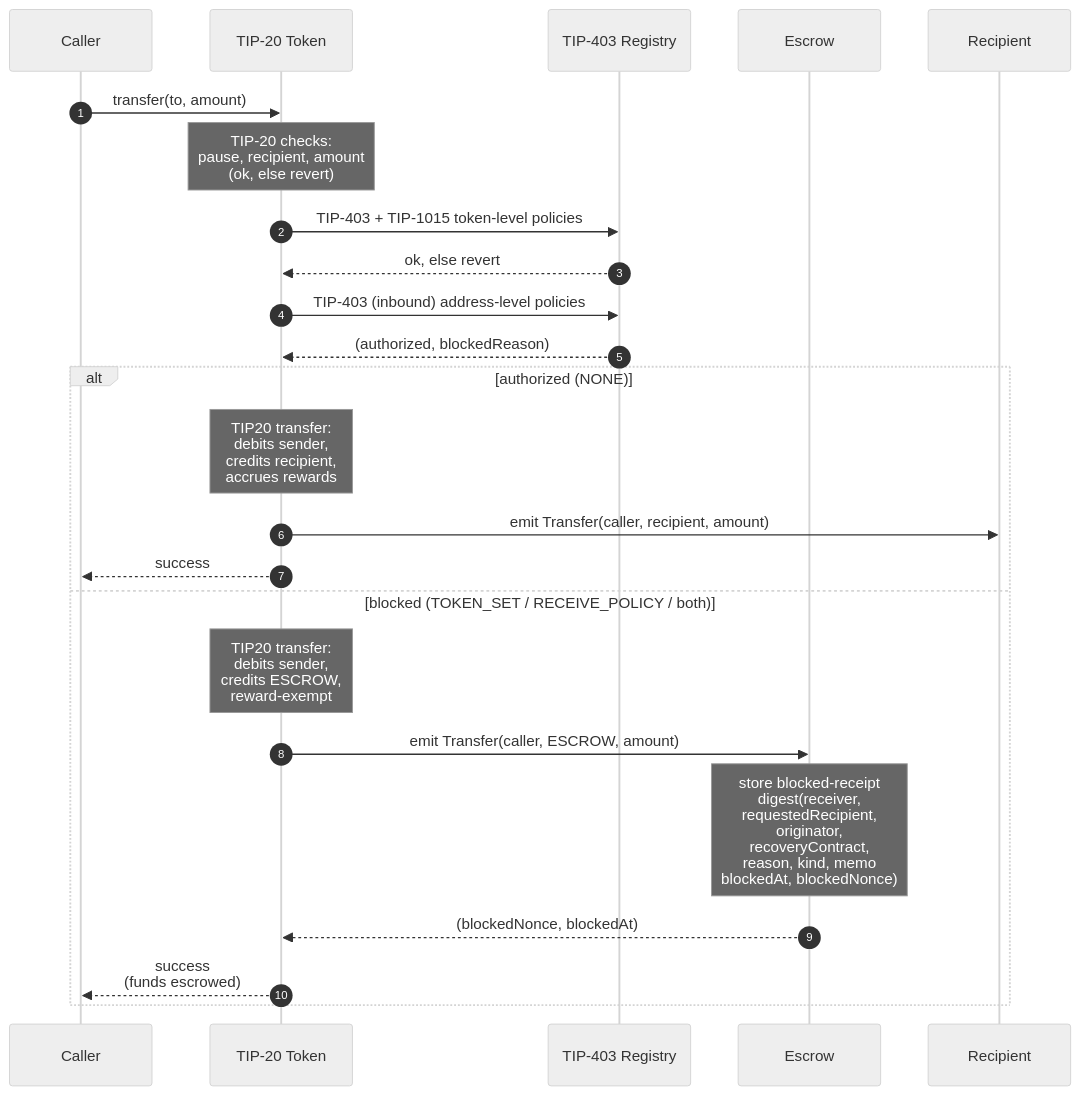
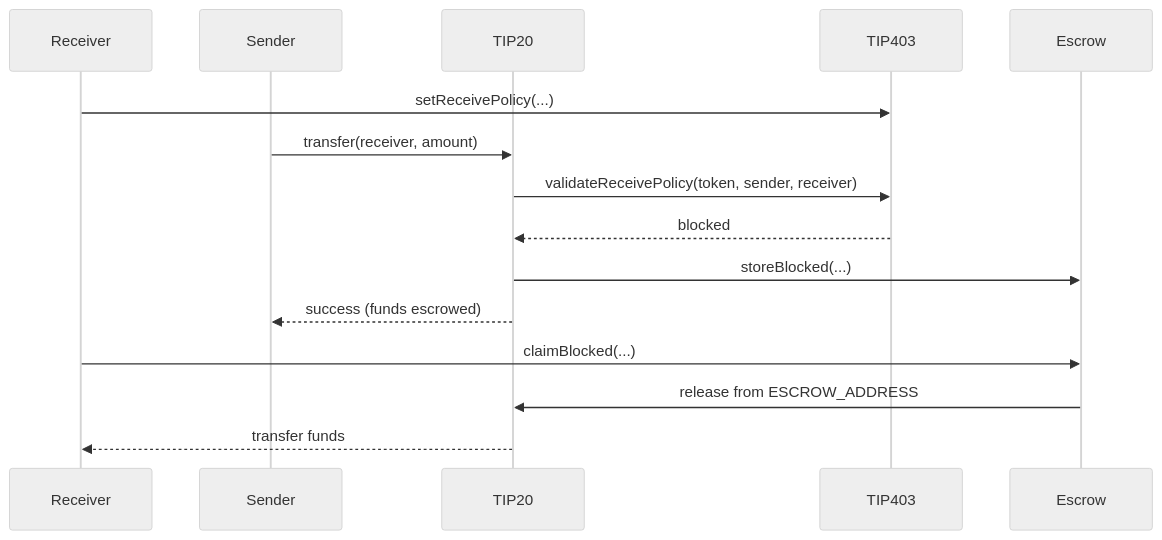
One commit to tempoxyz/tempo changed the diagram in tips/tip-1028.md. Above: the diagram before and after it, drawn with Mermaid (neutral theme). The commit also changed other lines of this file, not shown here.

Commit message:
docs: tip20 operations

````diff
--- a/tips/tip-1028.md
+++ b/tips/tip-1028.md
@@ -66,31 +43,19 @@
 ```mermaid
 sequenceDiagram
-    autonumber
-    participant Caller
-    participant Token as TIP-20 Token
-    participant TIP403 as TIP-403 Registry
+    participant Receiver
+    participant Sender
+    participant TIP20
+    participant TIP403
     participant Escrow
-    participant Recipient
 
-    Caller->>Token: transfer(to, amount)
+    Receiver->>TIP403: setReceivePolicy(...)
+    Sender->>TIP20: transfer(receiver, amount)
+    TIP20->>TIP403: validateReceivePolicy(token, sender, receiver)
+    TIP403-->>TIP20: blocked
+    TIP20->>Escrow: storeBlocked(...)
+    TIP20-->>Sender: success (funds escrowed)
 
-    Note over Token: TIP-20 checks:<br/>pause, recipient, amount<br/>(ok, else revert)
-    
-    Token->>TIP403: TIP-403 + TIP-1015 token-level policies
-    TIP403-->>Token: ok, else revert
-    
-    Token->>TIP403: TIP-403 (inbound) address-level policies
-    TIP403-->>Token: (authorized, blockedReason)
-
-    alt authorized (NONE)
-        Note over Token: TIP20 transfer:<br/>debits sender,<br/>credits recipient,<br/>accrues rewards
-        Token->>Recipient: emit Transfer(caller, recipient, amount)
-        Token-->>Caller: success
-    else blocked (TOKEN_SET / RECEIVE_POLICY / both)
-        Note over Token: TIP20 transfer:<br/>debits sender,<br/>credits ESCROW,<br/>reward-exempt
-        Token->>Escrow: emit Transfer(caller, ESCROW, amount)
-        Note over Escrow: store blocked-receipt<br/>digest(receiver,<br/>requestedRecipient,<br/>  originator,<br/>recoveryContract,<br/>reason, kind, memo<br/>blockedAt, blockedNonce)
-        Escrow-->>Token: (blockedNonce, blockedAt)
-        Token-->>Caller: success<br/>(funds escrowed)
-    end
+    Receiver->>Escrow: claimBlocked(...)
+    Escrow->>TIP20: release from ESCROW_ADDRESS
+    TIP20-->>Receiver: transfer funds
 ```
````
